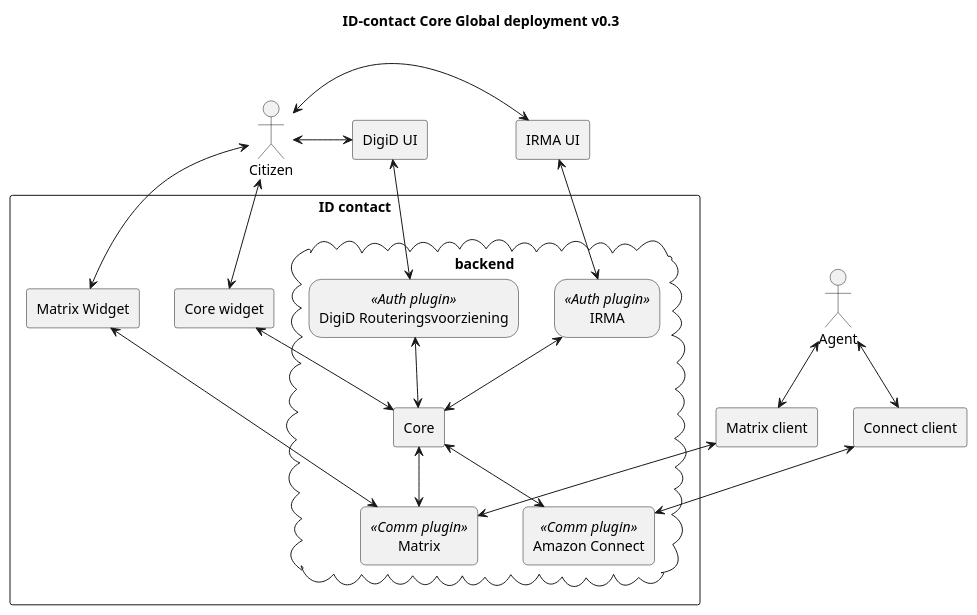
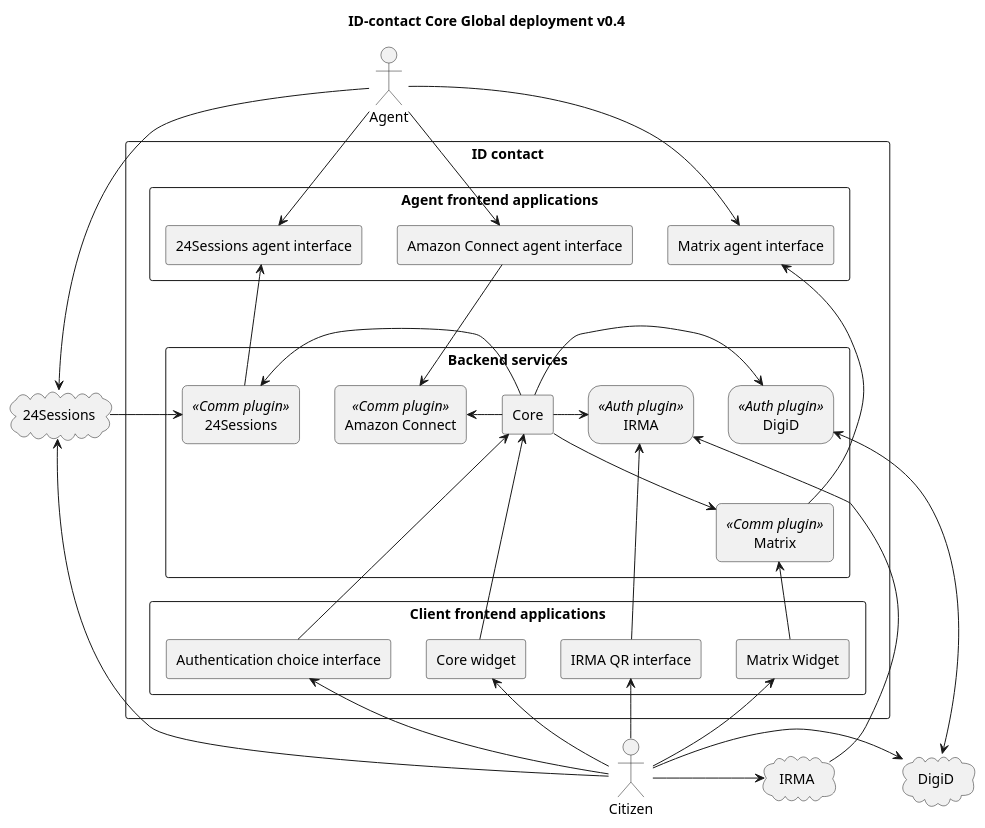
The diagram in docs/diagrams/global-deployment.puml (id-contact/docs), drawn with PlantUML before and after one commit.

Commit message:
update deployment diagram to account for new situation

```diff
--- a/docs/diagrams/global-deployment.puml
+++ b/docs/diagrams/global-deployment.puml
@@ -1,53 +1,79 @@
 @startuml
-title ID-contact Core Global deployment v0.3
+title ID-contact Core Global deployment v0.4
 skinparam rectangle {
     roundCorner<<Auth plugin>> 25
 }
 
 skinparam rectangle {
     roundCorner<<Comm plugin>> 10
 }
 
 actor Citizen as citizen
 actor Agent as agent
 
 rectangle "ID contact" {
-    rectangle "Core widget" as core_widget
-    rectangle "Matrix Widget" as matrix_widget
-    cloud backend {
+
+
+    rectangle "Agent frontend applications" as frontend_agent {
+        rectangle "Matrix agent interface" as matrix_client
+        rectangle "Amazon Connect agent interface" as connect_client
+        rectangle "24Sessions agent interface" as 24sessions_attr
+    }
+
+    rectangle "Client frontend applications" as frontend_client {
+        rectangle "Core widget" as core_widget
+        rectangle "Matrix Widget" as matrix_widget
+        rectangle "IRMA QR interface" as irma_qr
+        rectangle "Authentication choice interface" as auth_select
+    }
+
+    rectangle "Backend services" as backend {
         rectangle "Core" as core
         rectangle "IRMA" <<Auth plugin>> as auth_irma
-        rectangle "DigiD Routeringsvoorziening" <<Auth plugin>> as auth_digid
-
+        rectangle "DigiD" <<Auth plugin>> as auth_digid
         rectangle "Amazon Connect" <<Comm plugin>> as comm_connect
         rectangle "Matrix" <<Comm plugin>> as comm_matrix
+        rectangle "24Sessions" <<Comm plugin>> as comm_24sessions
     }
 }
 
-rectangle "Matrix client" as matrix_client
-rectangle "Connect client" as connect_client
-rectangle "IRMA UI" as irma
-rectangle "DigiD UI" as digid
+cloud "24Sessions" as 24sessions
+cloud "IRMA" as irma_app
+cloud "DigiD" as digid_login
 
-citizen<-->core_widget
-citizen<-r->irma
-citizen<-r->digid
-citizen<-->matrix_widget
+citizen-up->core_widget
 
-agent<-->connect_client
-agent<-->matrix_client
+citizen-up->irma_qr
+citizen->irma_app
+citizen->digid_login
 
-core_widget<-->core
-auth_digid<-->core
-auth_irma<-->core
-comm_matrix<-u->core
-comm_connect<-u->core
+citizen-up->matrix_widget
+citizen--up->auth_select
+citizen-left->24sessions
 
-digid<->auth_digid
-irma<->auth_irma
+agent-->matrix_client
+agent-->24sessions_attr
+agent-->connect_client
+agent->24sessions
 
-matrix_client<-->comm_matrix
-matrix_widget<--->comm_matrix
-connect_client<-->comm_connect
+core<--core_widget
+core<--auth_select
+core->auth_irma
+core->auth_digid
+core-left->comm_24sessions
+core-->comm_matrix
+core-left->comm_connect
 
+comm_matrix-up->matrix_client
+comm_matrix<--matrix_widget
+
+comm_24sessions<-24sessions
+comm_24sessions-up-->24sessions_attr
+
+comm_connect<-up-connect_client
+
+auth_digid<-up->digid_login
+
+auth_irma<--irma_qr
+auth_irma<-up-irma_app
 @enduml
```
